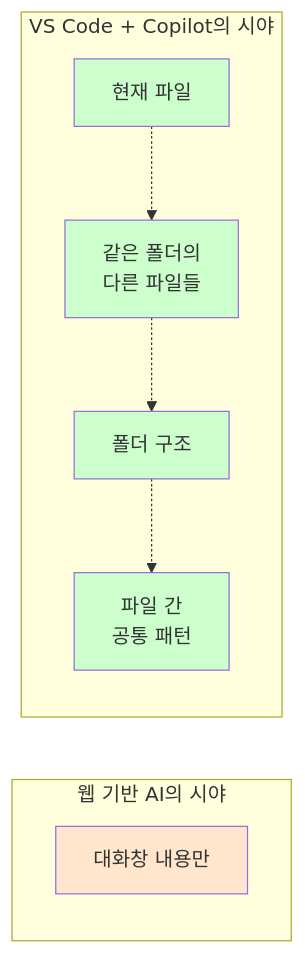
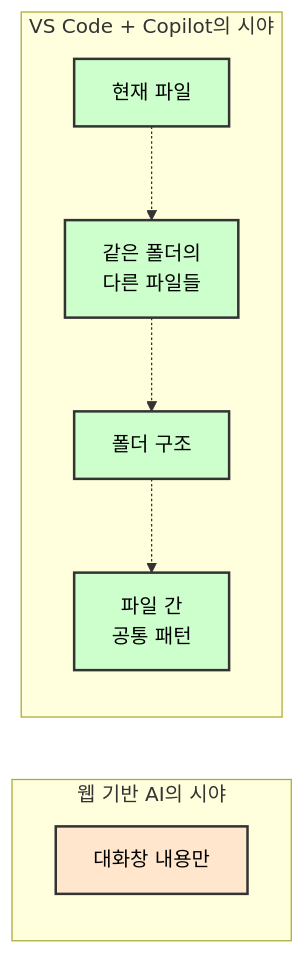
One commit to seo-jinseok/GitHub-Copilot-Guide changed the fourth of 17 diagrams in dist/University_Copilot_Guide_Complete_KO.md. Above: the diagram before and after it, drawn with Mermaid. The commit also changed other lines of this file, not shown here.

Commit message:
docs: mermaid 그림 색상 수정

````diff
--- a/dist/University_Copilot_Guide_Complete_KO.md
+++ b/dist/University_Copilot_Guide_Complete_KO.md
@@ -213,23 +213,23 @@
 ```mermaid
 graph LR
     subgraph "웹 기반 AI의 시야"
         A1[대화창 내용만]
     end
     
     subgraph "VS Code + Copilot의 시야"
         B1[현재 파일] 
         B2[같은 폴더의<br/>다른 파일들]
         B3[폴더 구조]
         B4[파일 간<br/>공통 패턴]
         
         B1 -.-> B2
         B2 -.-> B3
         B3 -.-> B4
     end
     
-    style A1 fill:#ffe6cc
-    style B1 fill:#ccffcc
-    style B2 fill:#ccffcc
-    style B3 fill:#ccffcc
-    style B4 fill:#ccffcc
+    style A1 fill:#ffe6cc,stroke:#333,stroke-width:2px,color:#000
+    style B1 fill:#ccffcc,stroke:#333,stroke-width:2px,color:#000
+    style B2 fill:#ccffcc,stroke:#333,stroke-width:2px,color:#000
+    style B3 fill:#ccffcc,stroke:#333,stroke-width:2px,color:#000
+    style B4 fill:#ccffcc,stroke:#333,stroke-width:2px,color:#000
 ```
````
